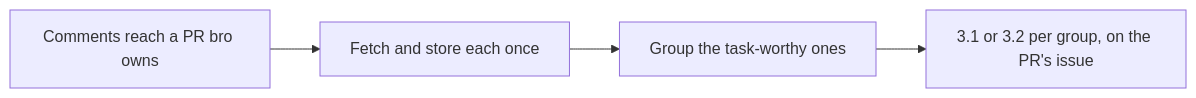
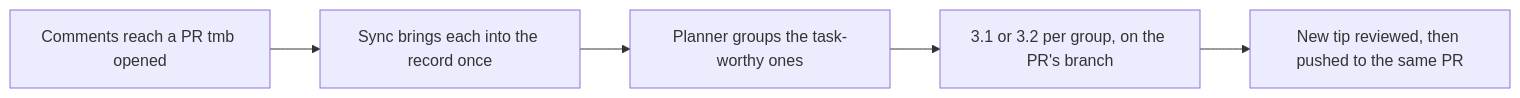
Diagram 11 of 24 in docs/architecture/FLOWS.md (trustmybot/tmb), drawn with Mermaid before and after one commit. The commit also changed other lines of this file and 38 other files, not shown here.

````diff
--- a/docs/architecture/FLOWS.md
+++ b/docs/architecture/FLOWS.md
@@ -143,6 +187,7 @@
 ```mermaid
 flowchart LR
-    A[Comments reach a PR bro owns] --> B[Fetch and store each once]
-    B --> C[Group the task-worthy ones]
-    C --> D[3.1 or 3.2 per group, on the PR's issue]
+    A["Comments reach a PR tmb opened"] --> B["Sync brings each into the record once"]
+    B --> C["Planner groups the task-worthy ones"]
+    C --> D["3.1 or 3.2 per group, on the PR's branch"]
+    D --> E["New tip reviewed, then pushed to the same PR"]
 ```
````
